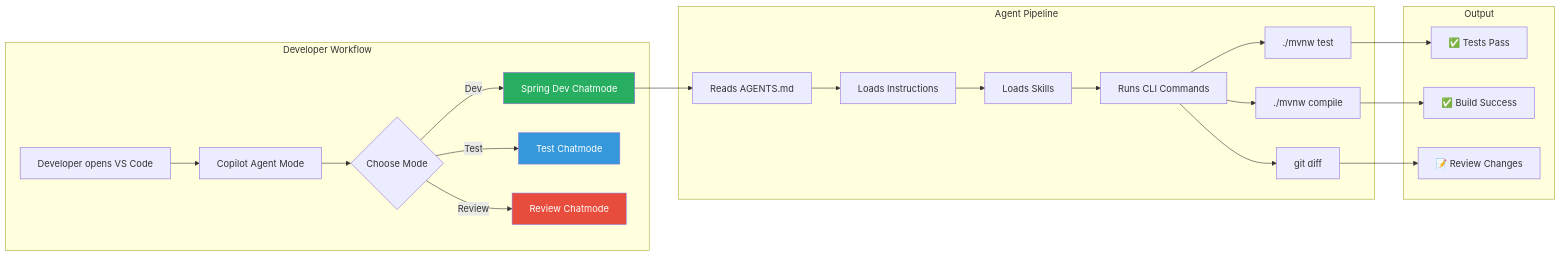
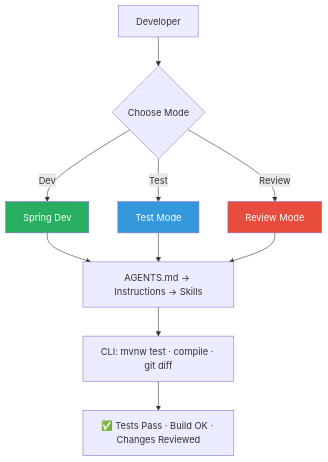
One commit to abossard/ghcp-agent-2024 changed the second of 5 diagrams in README.md. Above: the diagram before and after it, drawn with Mermaid. The commit also changed other lines of this file, not shown here.

Commit message:
feat: Simplify architecture diagrams and enhance agentic development flow

````diff
--- a/README.md
+++ b/README.md
@@ -117,30 +45,15 @@
 ```mermaid
-flowchart LR
-    subgraph "Developer Workflow"
-        A[Developer opens VS Code] --> B[Copilot Agent Mode]
-        B --> C{Choose Mode}
-        C -->|"Dev"| D[Spring Dev Chatmode]
-        C -->|"Test"| E[Test Chatmode]
-        C -->|"Review"| F[Review Chatmode]
-    end
+flowchart TB
+    A[Developer] --> B{Choose Mode}
+    B -->|Dev| D[Spring Dev]
+    B -->|Test| E[Test Mode]
+    B -->|Review| F[Review Mode]
 
-    subgraph "Agent Pipeline"
-        D --> G[Reads AGENTS.md]
-        G --> H[Loads Instructions]
-        H --> I[Loads Skills]
-        I --> J[Runs CLI Commands]
-        J --> K["./mvnw test"]
-        J --> L["./mvnw compile"]
-        J --> M["git diff"]
-    end
-
-    subgraph "Output"
-        K --> N[✅ Tests Pass]
-        L --> O[✅ Build Success]
-        M --> P[📝 Review Changes]
-    end
+    D & E & F --> G[AGENTS.md → Instructions → Skills]
+    G --> H[CLI: mvnw test · compile · git diff]
+    H --> I[✅ Tests Pass · Build OK · Changes Reviewed]
 
     style D fill:#27ae60,color:#fff
     style E fill:#3498db,color:#fff
     style F fill:#e74c3c,color:#fff
 ```
````
